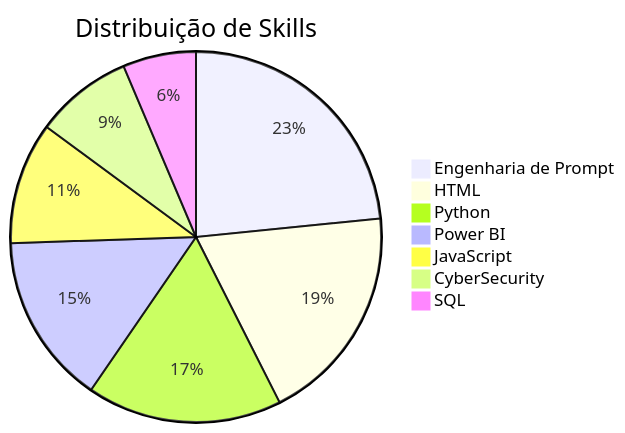
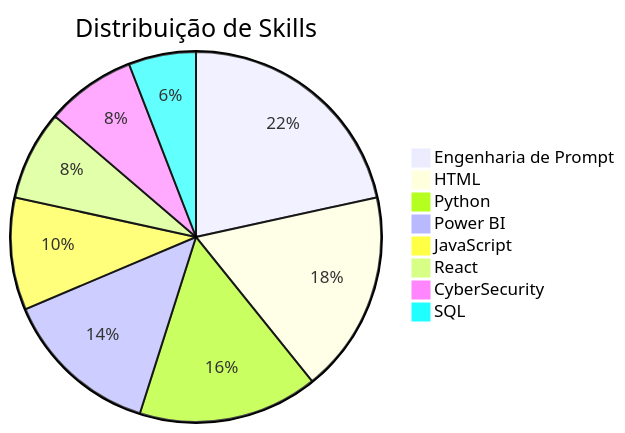
The first of 2 diagrams in README.md (DPViega/DPViega), drawn with Mermaid before and after one commit.

````diff
--- a/README.md
+++ b/README.md
@@ -43,10 +43,11 @@
 ```mermaid
 pie title Distribuição de Skills
     "Engenharia de Prompt" : 55
     "HTML" : 45
     "Python" : 40
     "Power BI" : 35
     "JavaScript" : 25
+    "React" : 20
     "CyberSecurity" : 20
     "SQL" : 15
 ```
````
